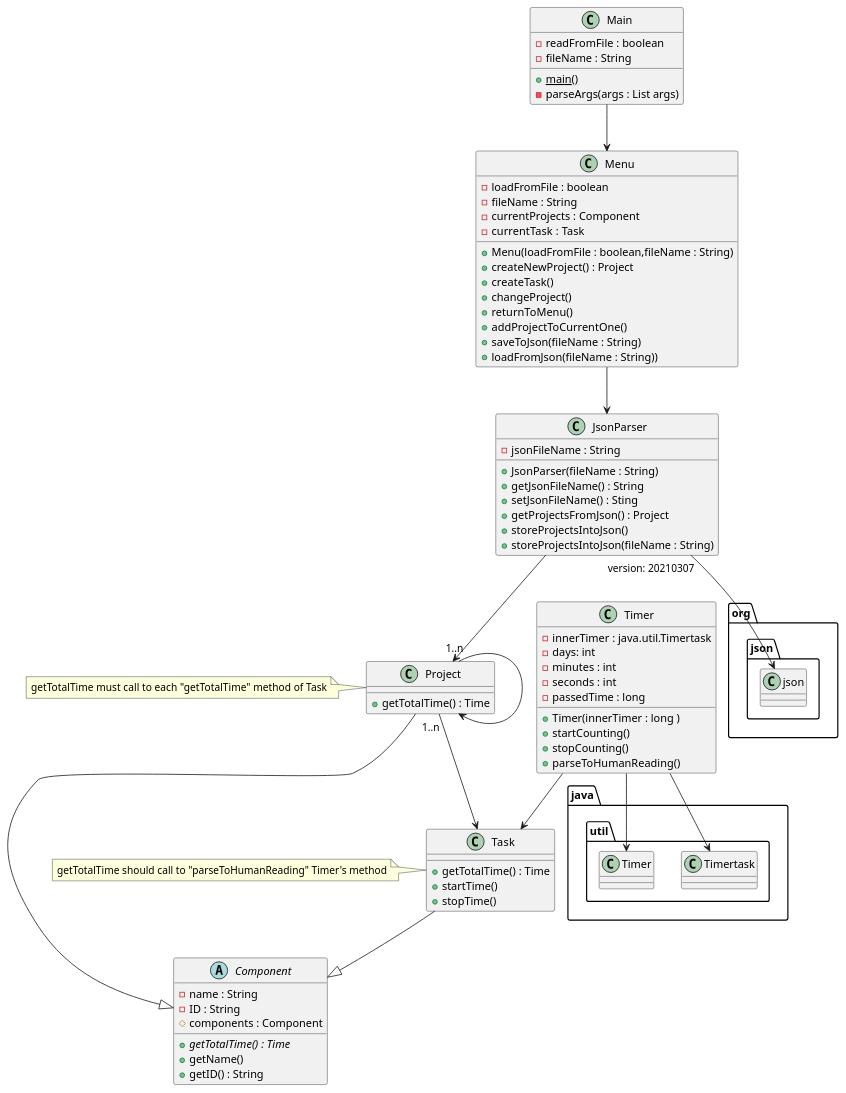
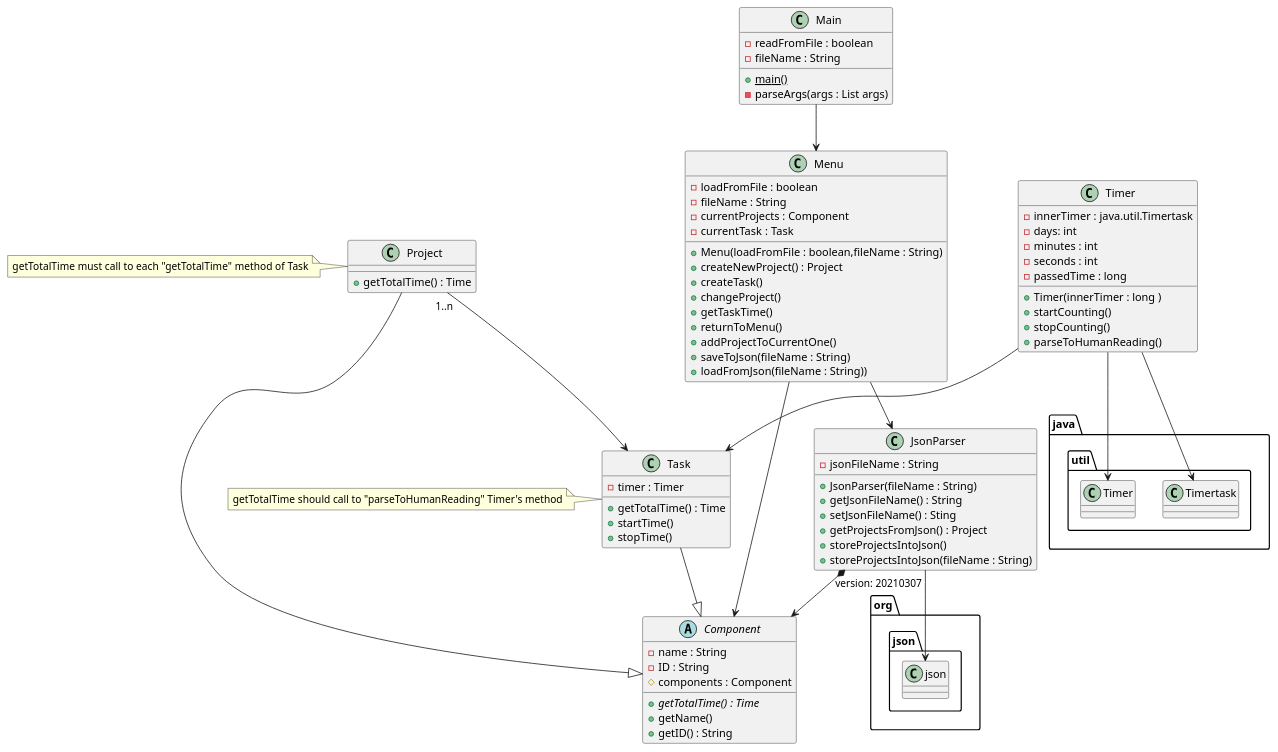
The diagram in src/main/resources/design.puml (gaspar44/time-tracking), drawn with PlantUML before and after one commit. The commit also changed 1 other file, not shown here.

Commit message:
Added new timer attribute to task - Added getTaskTime method to menu. - Delete unnecesary relation. - Changed png to be equal as the plantuml code

```diff
--- a/src/main/resources/design.puml
+++ b/src/main/resources/design.puml
@@ -1,84 +1,85 @@
 @startuml
 abstract class Component {
     - name : String
     - ID : String
     # components : Component
     + {abstract} getTotalTime() : Time
     + getName()
     + getID() : String
 }
 
 class Project {
     + getTotalTime() : Time
 }
 
 class Task {
+    - timer : Timer
     + getTotalTime() : Time
     + startTime()
     + stopTime()
 }
 
 class Timer {
     - innerTimer : java.util.Timertask
     - days: int
     - minutes : int
     - seconds : int
     - passedTime : long
     + Timer(innerTimer : long )
     + startCounting()
     + stopCounting()
     + parseToHumanReading()
 }
 
 class JsonParser {
     - jsonFileName : String
     + JsonParser(fileName : String)
     + getJsonFileName() : String
     + setJsonFileName() : Sting
     + getProjectsFromJson() : Project
     + storeProjectsIntoJson()
     + storeProjectsIntoJson(fileName : String)
 }
 
 class Main {
     - readFromFile : boolean
     - fileName : String
     + {static} main()
     - parseArgs(args : List args)
 }
 
 class Menu {
     - loadFromFile : boolean
     - fileName : String
     - currentProjects : Component
     - currentTask : Task
     + Menu(loadFromFile : boolean,fileName : String)
     + createNewProject() : Project
     + createTask()
     + changeProject()
+    + getTaskTime()
     + returnToMenu()
     + addProjectToCurrentOne()
     + saveToJson(fileName : String)
     + loadFromJson(fileName : String))
 }
 
 note left of Project {
     getTotalTime must call to each "getTotalTime" method of Task
 }
 
 note left of Task {
     getTotalTime should call to "parseToHumanReading" Timer's method
 }
 Project --|> Component
 Task --|> Component
 JsonParser "version: 20210307" --> org.json.json
 Timer --> java.util.Timertask
 Timer --> java.util.Timer
 Main --> Menu
 Menu --> JsonParser
-JsonParser --> Project
+JsonParser *--> Component
 Project "1..n" --> Task
 Timer --> Task
-
-Project "1..n" --> Project
+Menu --> Component
 @enduml
```
